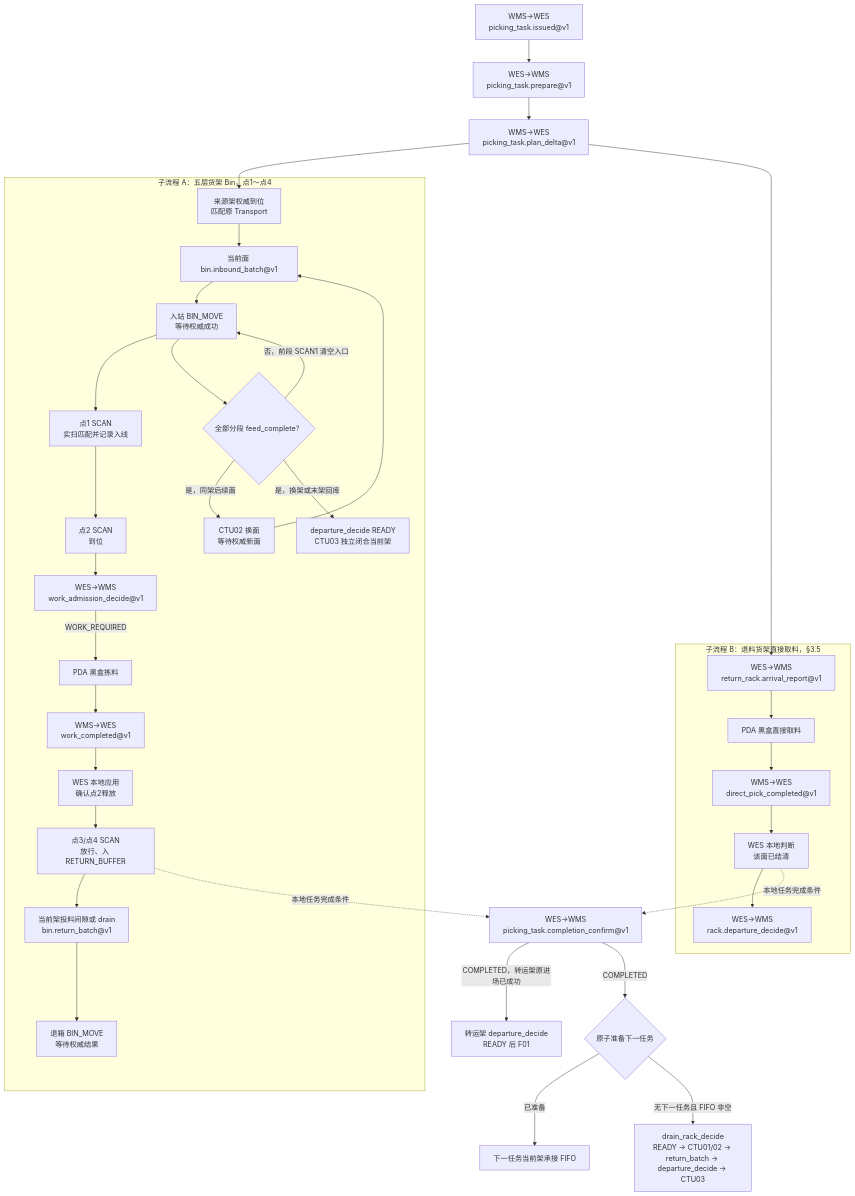
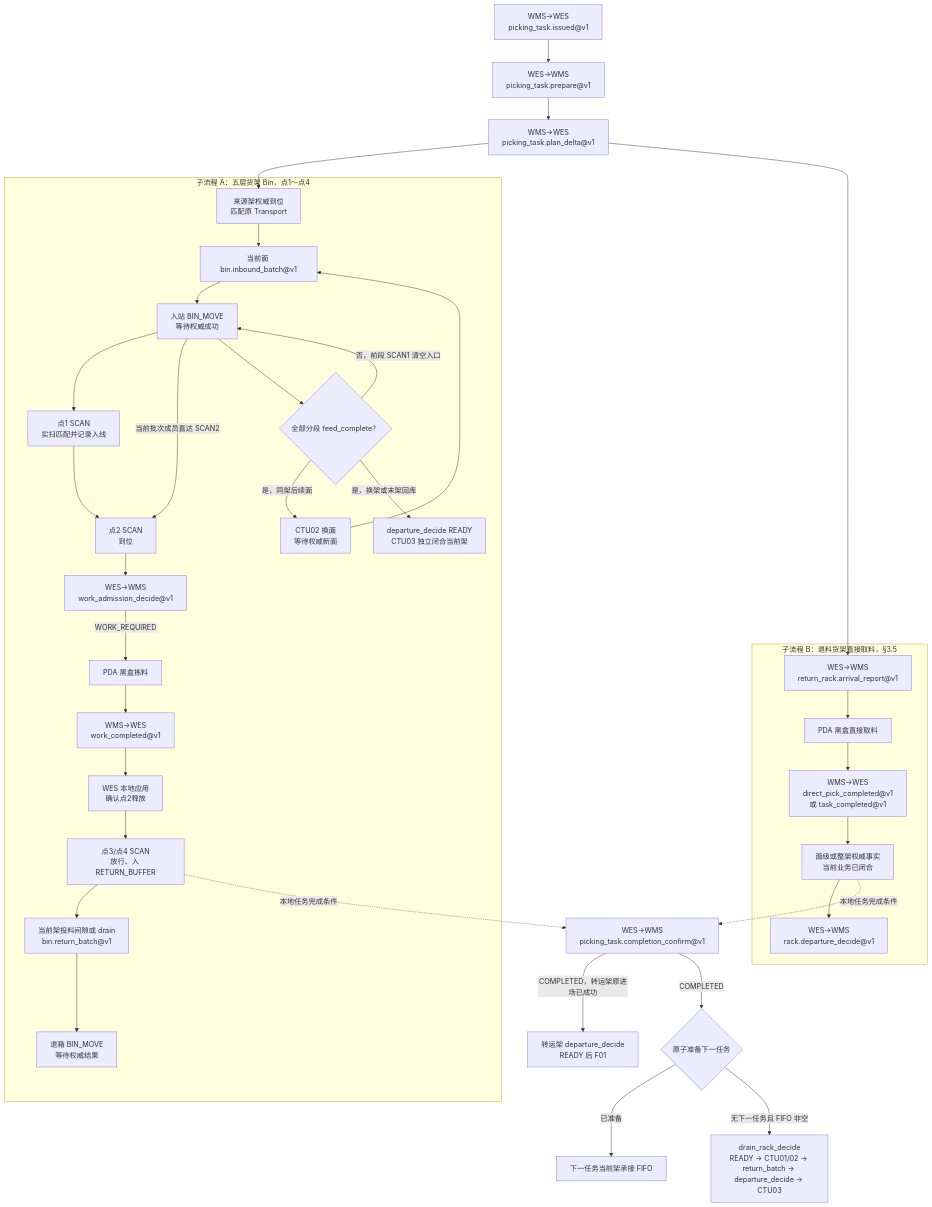
The first of 2 diagrams in docs/contracts/wms-manual-outbound-picking-integration-requirements.md (kaizhoumasha/wes_backend), drawn with Mermaid before and after one commit. The commit also changed other lines of this file and 1 other file, not shown here.

Commit message:
docs(manual-picking): 同步扫码准入与整架权威完成图示

````diff
--- a/docs/contracts/wms-manual-outbound-picking-integration-requirements.md
+++ b/docs/contracts/wms-manual-outbound-picking-integration-requirements.md
@@ -42,27 +42,28 @@
 ```mermaid
 flowchart TD
     T1["WMS→WES<br/>picking_task.issued@v1"] --> T2["WES→WMS<br/>picking_task.prepare@v1"] --> T3["WMS→WES<br/>picking_task.plan_delta@v1"]
 
     T3 --> A00
     T3 --> B0
 
     subgraph A["子流程 A：五层货架 Bin，点1～点4"]
         A00["来源架权威到位<br/>匹配原 Transport"] --> A0["当前面 bin.inbound_batch@v1"] --> A01["入站 BIN_MOVE<br/>等待权威成功"] --> A1["点1 SCAN<br/>实扫匹配并记录入线"] --> A2["点2 SCAN<br/>到位"] --> A3["WES→WMS<br/>work_admission_decide@v1"]
+        A01 -->|当前批次成员直达 SCAN2| A2
         A3 -->|WORK_REQUIRED| A4["PDA 黑盒拣料"] --> A5["WMS→WES<br/>work_completed@v1"] --> A6["WES 本地应用<br/>确认点2释放"] --> A7["点3/点4 SCAN<br/>放行、入 RETURN_BUFFER"] --> A8["当前架投料间隙或 drain<br/>bin.return_batch@v1"] --> A9["退箱 BIN_MOVE<br/>等待权威结果"]
         A01 --> A10{"全部分段 feed_complete？"}
         A10 -->|否，前段 SCAN1 清空入口| A01
         A10 -->|是，同架后续面| A11["CTU02 换面<br/>等待权威新面"] --> A0
         A10 -->|是，换架或末架回库| A12["departure_decide READY<br/>CTU03 独立闭合当前架"]
     end
 
     subgraph B["子流程 B：退料货架直接取料，§3.5"]
-        B0["WES→WMS<br/>return_rack.arrival_report@v1"] --> B1["PDA 黑盒直接取料"] --> B2["WMS→WES<br/>direct_pick_completed@v1"] --> B3["WES 本地判断<br/>该面已结清"] --> B4["WES→WMS<br/>rack.departure_decide@v1"]
+        B0["WES→WMS<br/>return_rack.arrival_report@v1"] --> B1["PDA 黑盒直接取料"] --> B2["WMS→WES<br/>direct_pick_completed@v1<br/>或 task_completed@v1"] --> B3["面级或整架权威事实<br/>当前业务已闭合"] --> B4["WES→WMS<br/>rack.departure_decide@v1"]
     end
 
     A7 -. "本地任务完成条件" .-> DONE["WES→WMS<br/>picking_task.completion_confirm@v1"]
     B3 -. "本地任务完成条件" .-> DONE
     DONE -->|COMPLETED，转运架原进场已成功| TOUT["转运架 departure_decide<br/>READY 后 F01"]
     DONE -->|COMPLETED| NEXT{"原子准备下一任务"}
     NEXT -->|已准备| INHERIT["下一任务当前架承接 FIFO"]
     NEXT -->|无下一任务且 FIFO 非空| DRAIN["drain_rack_decide<br/>READY → CTU01/02 → return_batch → departure_decide → CTU03"]
 ```
````
